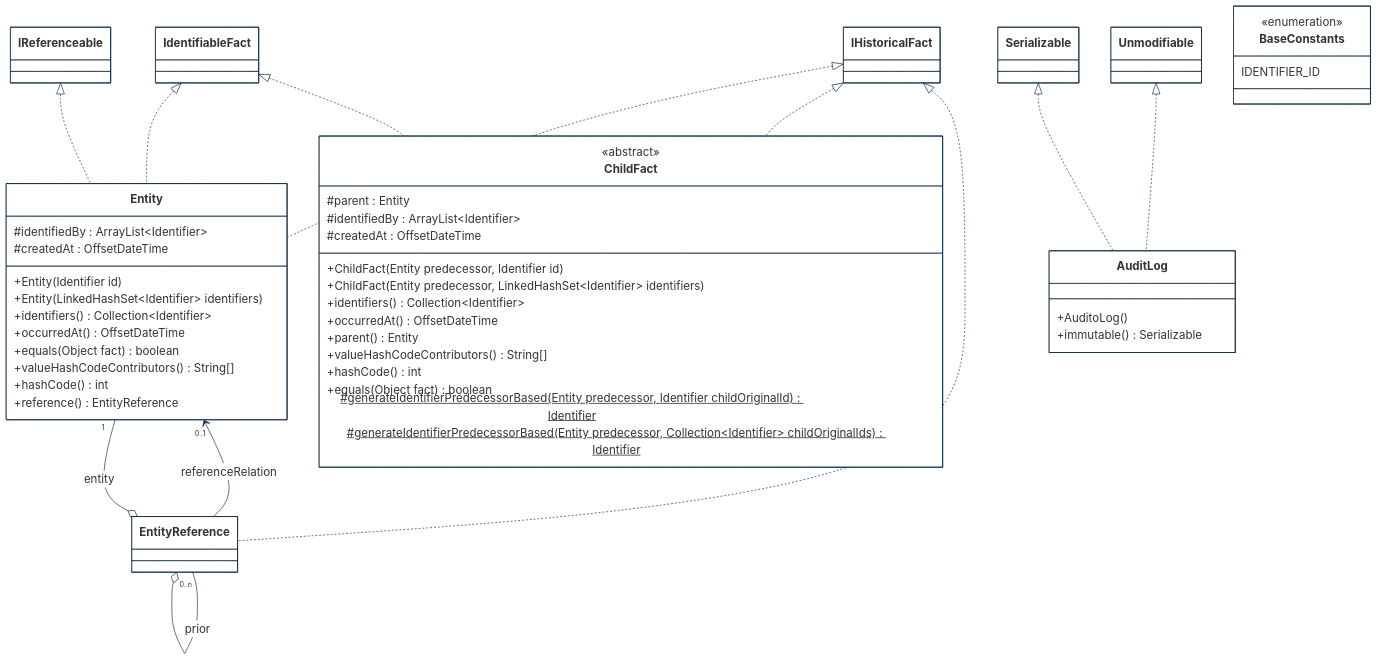
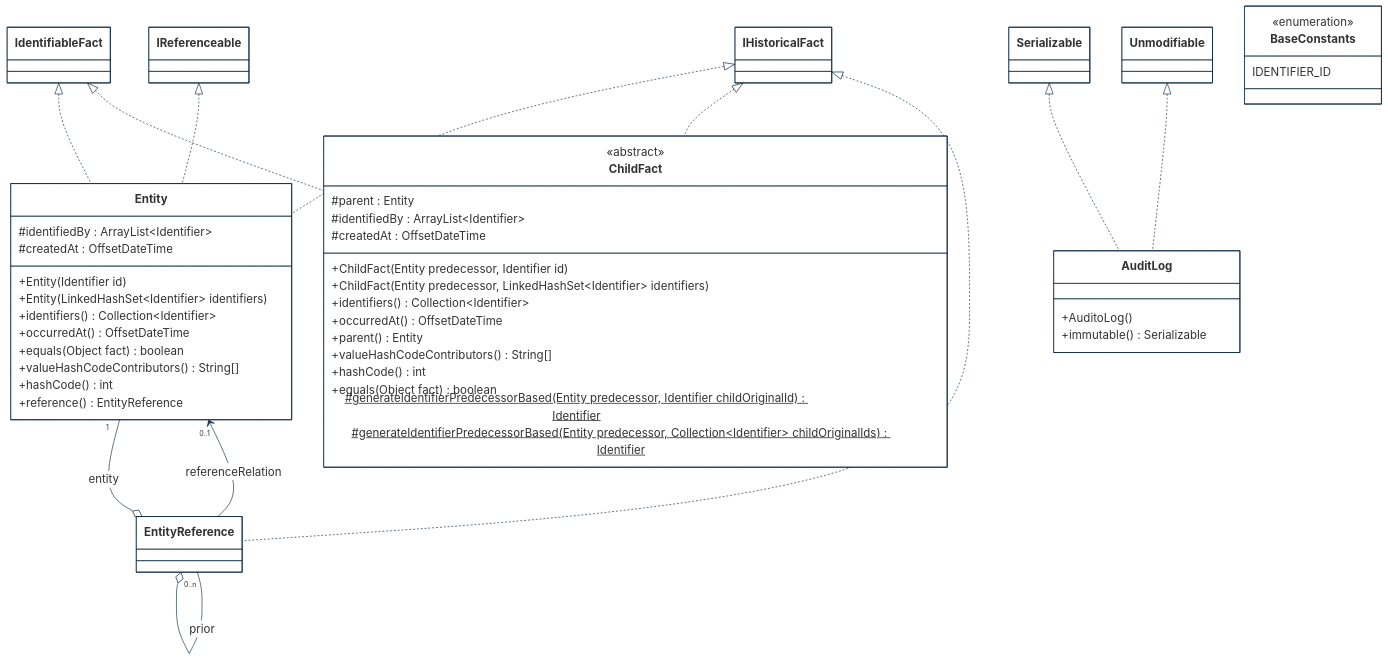
One commit to cybnity/foundation changed the first of 5 diagrams in implementations-line/framework/immutable/designview-packages.md. Above: the diagram before and after it, drawn with Mermaid. The commit also changed other lines of this file, not shown here.

````diff
--- a/implementations-line/framework/immutable/designview-packages.md
+++ b/implementations-line/framework/immutable/designview-packages.md
@@ -35,71 +35,71 @@
 ```mermaid
 %%{
   init: {
     'theme': 'base',
     'themeVariables': {
         'background': '#ffffff',
         'fontFamily': 'arial',
         'fontSize': '18px',
         'primaryColor': '#fff',
         'primaryBorderColor': '#0e2a43',
         'secondaryBorderColor': '#0e2a43',
         'tertiaryBorderColor': '#0e2a43',
         'edgeLabelBackground':'#0e2a43',
         'lineColor': '#0e2a43',
         'tertiaryColor': '#fff'
     }
   }
 }%%
 classDiagram
     IReferenceable <|.. Entity
+    IHistoricalFact <|.. EntityReference
+    IHistoricalFact <|.. ChildFact
     IdentifiableFact <|.. ChildFact
     IdentifiableFact <|.. Entity
-    IHistoricalFact <|.. EntityReference
-    IHistoricalFact <|.. ChildFact
     Entity "0..1" <-- EntityReference : referenceRelation
     Entity "1" --o EntityReference : entity
     IHistoricalFact <|.. Entity
     Unmodifiable <|.. AuditLog
     Serializable <|.. AuditLog
     EntityReference "0..n" --o EntityReference : prior
 
     class Entity {
         #identifiedBy : ArrayList~Identifier~
         #createdAt : OffsetDateTime
         +Entity(Identifier id)
         +Entity(LinkedHashSet~Identifier~ identifiers)
         +identifiers() Collection~Identifier~
         +occurredAt() OffsetDateTime
         +equals(Object fact) boolean
         +valueHashCodeContributors() String[]
         +hashCode() int
         +reference() EntityReference
     }
     class AuditLog {
         +AuditoLog()
         +immutable() Serializable
     }
     class ChildFact {
         <<abstract>>
         #parent : Entity
         #identifiedBy : ArrayList~Identifier~
         #createdAt : OffsetDateTime
         +ChildFact(Entity predecessor, Identifier id)
         +ChildFact(Entity predecessor, LinkedHashSet~Identifier~ identifiers)
         +identifiers() Collection~Identifier~
         +occurredAt() OffsetDateTime
         +parent() Entity
         +valueHashCodeContributors() String[]
         +hashCode() int
         +equals(Object fact) boolean
         #generateIdentifierPredecessorBased(Entity predecessor, Identifier childOriginalId)$ Identifier
         #generateIdentifierPredecessorBased(Entity predecessor, Collection~Identifier~ childOriginalIds)$ Identifier
     }
     class BaseConstants {
         <<enumeration>>
         IDENTIFIER_ID
     }
     class EntityReference {
     }
 
 ```
````
